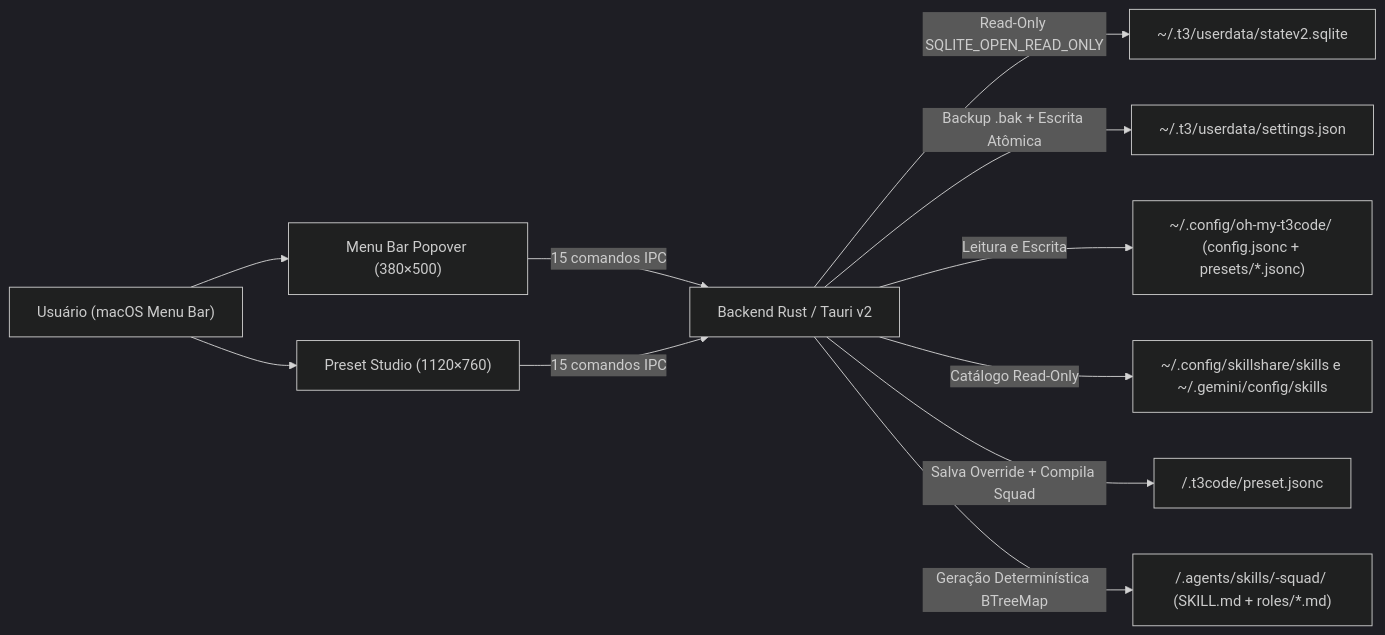
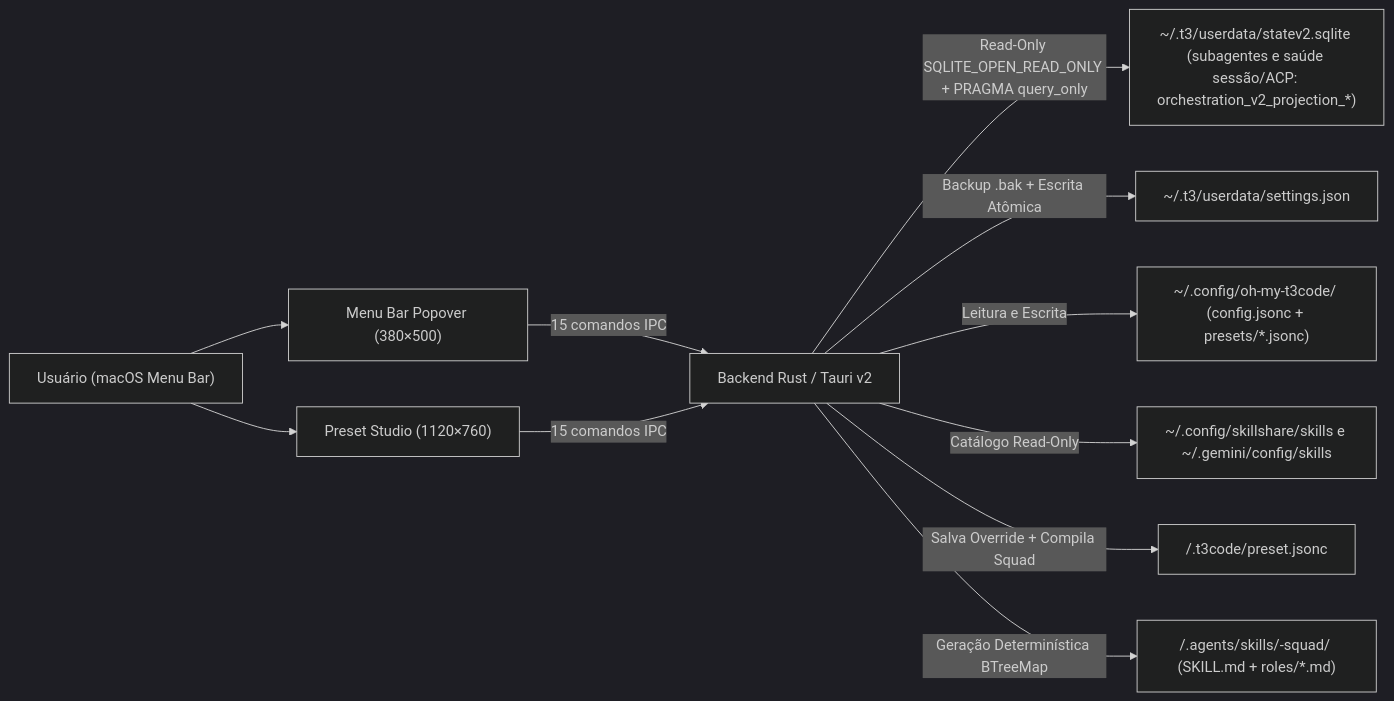
Before and after one commit to alencarfreire/oh-my-t3code: the diagram in README.pt-BR.md, drawn with Mermaid (dark theme). The commit also changed other lines of this file and 5 other files, not shown here.

Commit message:
docs: update bilingual guides, READMEs, and architecture for smart session management

````diff
--- a/README.pt-BR.md
+++ b/README.pt-BR.md
@@ -26,16 +30,16 @@
 ```mermaid
 flowchart LR
     User["Usuário (macOS Menu Bar)"] --> Popover["Menu Bar Popover (380×500)"]
     User --> Studio["Preset Studio (1120×760)"]
 
     Popover -->|15 comandos IPC| Tauri["Backend Rust / Tauri v2"]
     Studio -->|15 comandos IPC| Tauri
 
-    Tauri -->|Read-Only SQLITE_OPEN_READ_ONLY| SQLite["~/.t3/userdata/statev2.sqlite"]
+    Tauri -->|Read-Only SQLITE_OPEN_READ_ONLY + PRAGMA query_only| SQLite["~/.t3/userdata/statev2.sqlite (subagentes e saúde sessão/ACP: orchestration_v2_projection_*)"]
     Tauri -->|Backup .bak + Escrita Atômica| Settings["~/.t3/userdata/settings.json"]
     Tauri -->|Leitura e Escrita| GlobalPresets["~/.config/oh-my-t3code/ (config.jsonc + presets/*.jsonc)"]
     Tauri -->|Catálogo Read-Only| GlobalSkills["~/.config/skillshare/skills e ~/.gemini/config/skills"]
 
     Tauri -->|Salva Override + Compila Squad| RepoPreset["<repo>/.t3code/preset.jsonc"]
     Tauri -->|Geração Determinística BTreeMap| RepoSquad["<repo>/.agents/skills/<slug>-squad/ (SKILL.md + roles/*.md)"]
 ```
````
